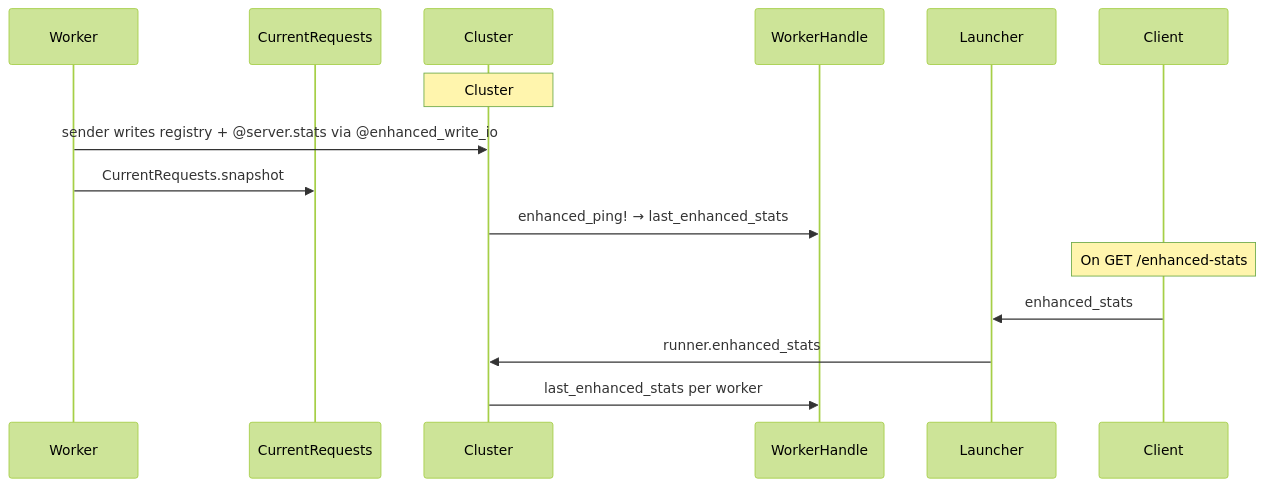
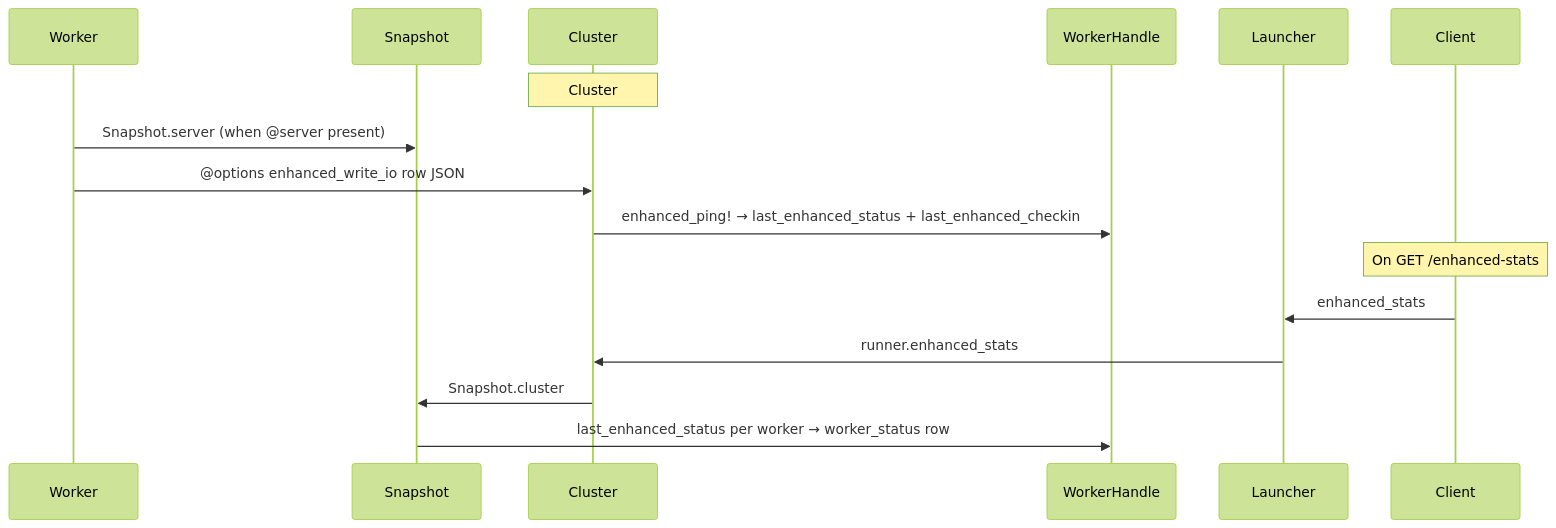
Before and after one commit to smart-sgisistemas/puma-enhanced-stats: the second of 3 diagrams in docs/architecture.md, drawn with Mermaid (forest theme). The commit also changed other lines of this file and 53 other files, not shown here.

First line of the commit message:
Release v1.0.0 with Puma-aligned enhanced-stats JSON.

````diff
--- a/docs/architecture.md
+++ b/docs/architecture.md
@@ -41,19 +40,20 @@
 ```mermaid
 sequenceDiagram
   participant W as Worker
-  participant CR as CurrentRequests
+  participant Snap as Snapshot
   participant CL as Cluster
   participant WH as WorkerHandle
   participant L as Launcher
   participant C as Client
 
   Note over CL: Cluster#run opens pipe (read/write IO)
-  W->>CL: sender writes registry + @server.stats via @enhanced_write_io
-  W->>CR: CurrentRequests.snapshot
-  CL->>WH: enhanced_ping! → last_enhanced_stats
+  W->>Snap: Snapshot.server (when @server present)
+  W->>CL: @options enhanced_write_io row JSON
+  CL->>WH: enhanced_ping! → last_enhanced_status + last_enhanced_checkin
 
   Note over C: On GET /enhanced-stats
   C->>L: enhanced_stats
   L->>CL: runner.enhanced_stats
-  CL->>WH: last_enhanced_stats per worker
+  CL->>Snap: Snapshot.cluster
+  Snap->>WH: last_enhanced_status per worker → worker_status row
 ```
````
